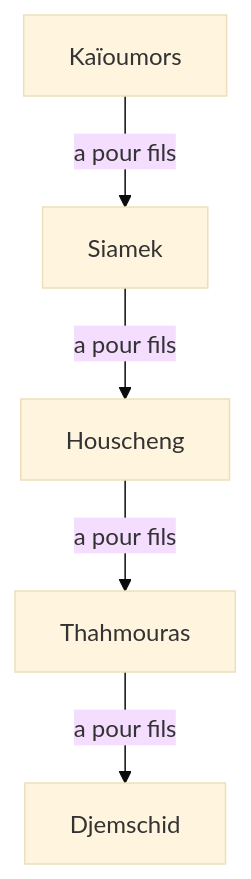
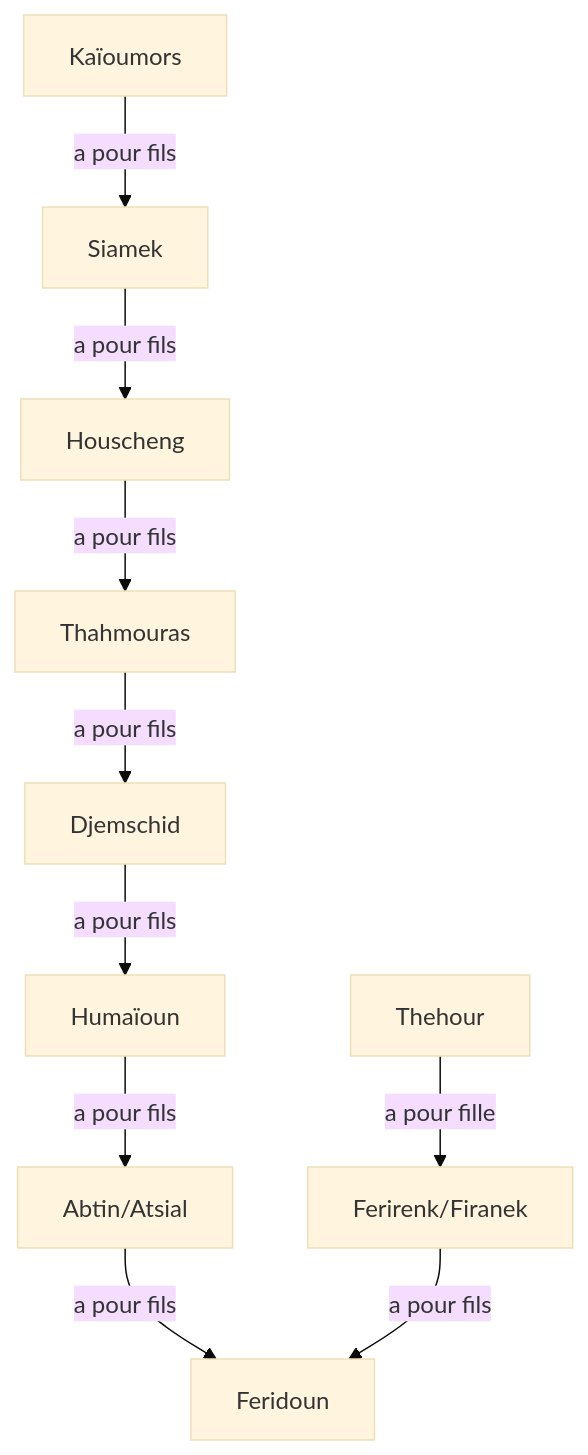
One commit to hdorgeval/le-livre-des-rois changed the diagram in src/graphs/kaioumors/kaioumors.mmd. Above: the diagram before and after it, drawn with Mermaid (base theme). The commit also changed 3 other files, not shown here.

Commit message:
feat(kaioumors): update genealogy graph

```diff
--- a/src/graphs/kaioumors/kaioumors.mmd
+++ b/src/graphs/kaioumors/kaioumors.mmd
@@ -1,5 +1,10 @@
 graph TD
 Kaïoumors --a pour fils--> Siamek
 Siamek --a pour fils--> Houscheng
 Houscheng --a pour fils--> Thahmouras
 Thahmouras --a pour fils--> Djemschid
+Djemschid --a pour fils--> Humaïoun
+Humaïoun --a pour fils-->Abtin/Atsial
+Abtin/Atsial --a pour fils--> Feridoun
+Thehour --a pour fille--> Ferirenk/Firanek
+Ferirenk/Firanek --a pour fils--> Feridoun
```
